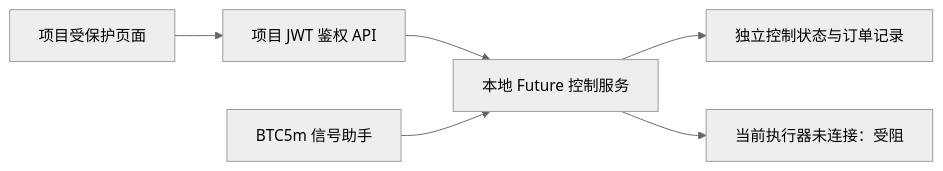
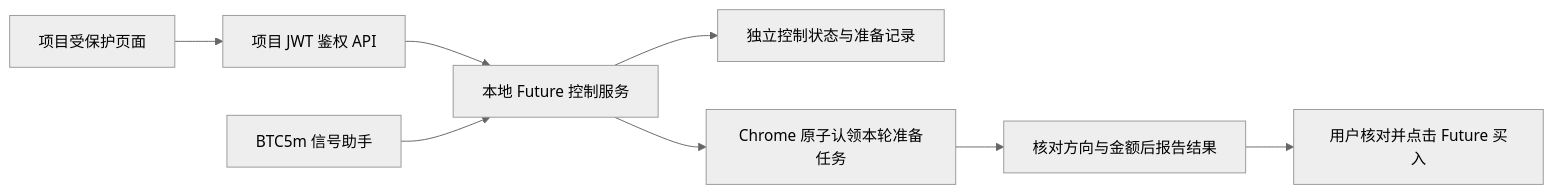
One commit to alex22222/PolyHermes changed the diagram in docs/future-btc5m-bridge.md. Above: the diagram before and after it, drawn with Mermaid (neutral theme). The commit also changed other lines of this file and 18 other files, not shown here.

````diff
--- a/docs/future-btc5m-bridge.md
+++ b/docs/future-btc5m-bridge.md
@@ -19,8 +20,10 @@
 ```mermaid
 flowchart LR
   P[项目受保护页面] --> J[项目 JWT 鉴权 API]
   J --> C[本地 Future 控制服务]
   S[BTC5m 信号助手] --> C
-  C --> L[独立控制状态与订单记录]
-  C --> B[当前执行器未连接：受阻]
+  C --> L[独立控制状态与准备记录]
+  C --> B[Chrome 原子认领本轮准备任务]
+  B --> R[核对方向与金额后报告结果]
+  R --> U[用户核对并点击 Future 买入]
 ```
````
